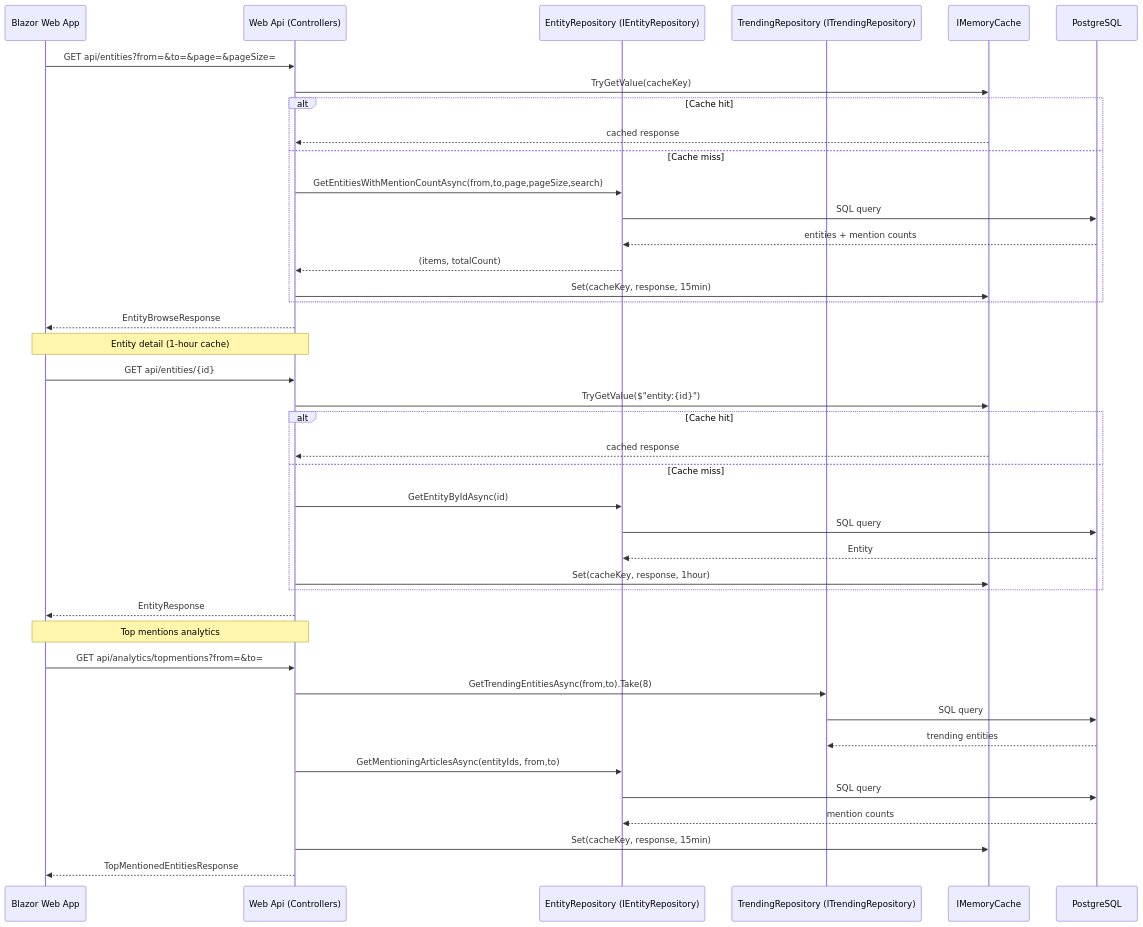
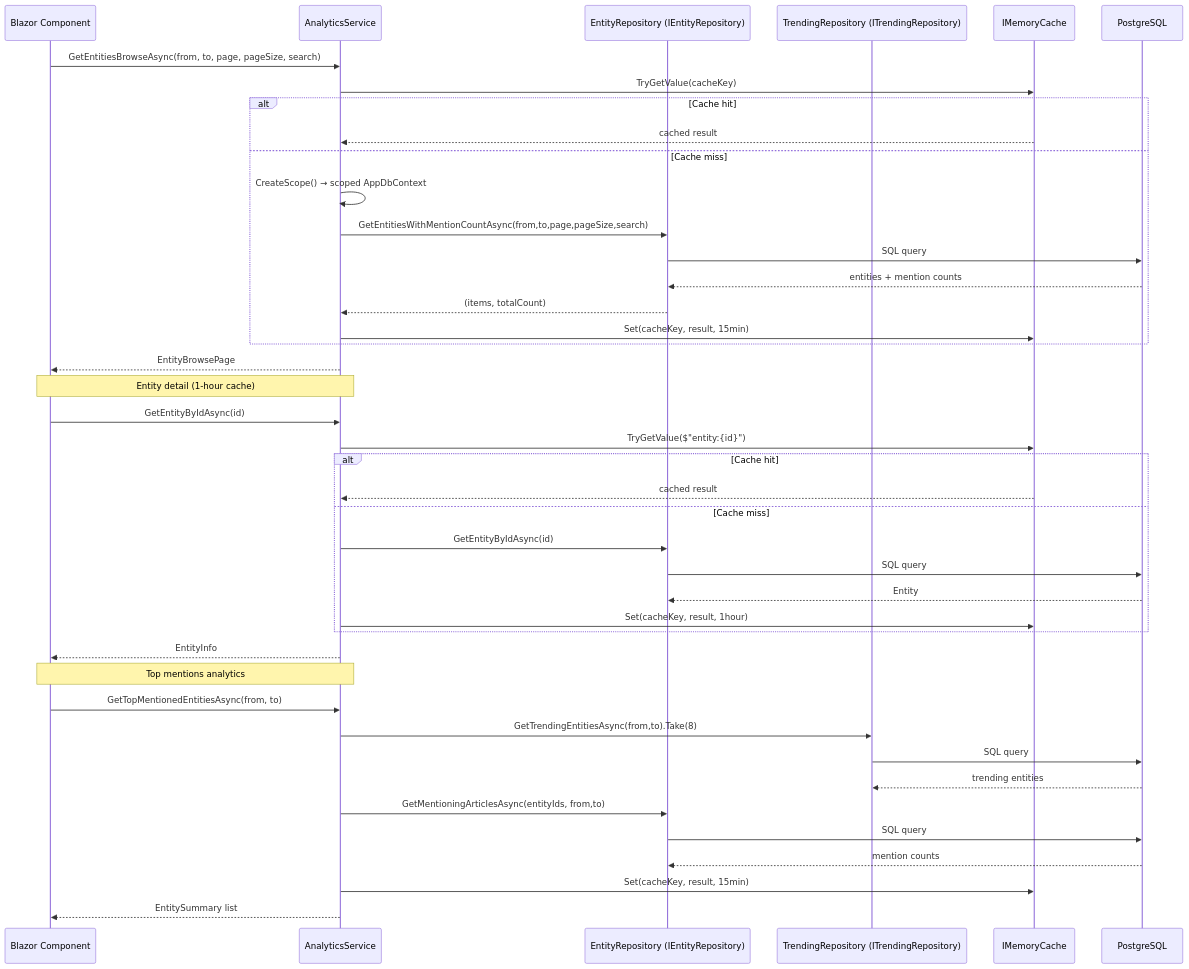
Before and after one commit to Fortyfei/AgitpropScraper: the sixth of 8 diagrams in .docs/pipelines.md, drawn with Mermaid. The commit also changed other lines of this file and 154 other files, not shown here.

First line of the commit message:
refactor: merge Web API into the Blazor app and generate deployment from Aspire

````diff
--- a/.docs/pipelines.md
+++ b/.docs/pipelines.md
@@ -113,46 +113,47 @@
 ```mermaid
 sequenceDiagram
-    participant CLIENT as Blazor Web App
-    participant API as Web Api (Controllers)
+    participant CLIENT as Blazor Component
+    participant SVC as AnalyticsService
     participant REPO as EntityRepository (IEntityRepository)
     participant TREND as TrendingRepository (ITrendingRepository)
     participant CACHE as IMemoryCache
     participant DB as PostgreSQL
 
-    CLIENT->>API: GET api/entities?from=&to=&page=&pageSize=
-    API->>CACHE: TryGetValue(cacheKey)
+    CLIENT->>SVC: GetEntitiesBrowseAsync(from, to, page, pageSize, search)
+    SVC->>CACHE: TryGetValue(cacheKey)
     alt Cache hit
-        CACHE-->>API: cached response
+        CACHE-->>SVC: cached result
     else Cache miss
-        API->>REPO: GetEntitiesWithMentionCountAsync(from,to,page,pageSize,search)
+        SVC->>SVC: CreateScope() → scoped AppDbContext
+        SVC->>REPO: GetEntitiesWithMentionCountAsync(from,to,page,pageSize,search)
         REPO->>DB: SQL query
         DB-->>REPO: entities + mention counts
-        REPO-->>API: (items, totalCount)
-        API->>CACHE: Set(cacheKey, response, 15min)
+        REPO-->>SVC: (items, totalCount)
+        SVC->>CACHE: Set(cacheKey, result, 15min)
     end
-    API-->>CLIENT: EntityBrowseResponse
+    SVC-->>CLIENT: EntityBrowsePage
 
-    Note over CLIENT,API: Entity detail (1‑hour cache)
-    CLIENT->>API: GET api/entities/{id}
-    API->>CACHE: TryGetValue($"entity:{id}")
+    Note over CLIENT,SVC: Entity detail (1‑hour cache)
+    CLIENT->>SVC: GetEntityByIdAsync(id)
+    SVC->>CACHE: TryGetValue($"entity:{id}")
     alt Cache hit
-        CACHE-->>API: cached response
+        CACHE-->>SVC: cached result
     else Cache miss
-        API->>REPO: GetEntityByIdAsync(id)
+        SVC->>REPO: GetEntityByIdAsync(id)
         REPO->>DB: SQL query
         DB-->>REPO: Entity
-        API->>CACHE: Set(cacheKey, response, 1hour)
+        SVC->>CACHE: Set(cacheKey, result, 1hour)
     end
-    API-->>CLIENT: EntityResponse
+    SVC-->>CLIENT: EntityInfo
 
-    Note over CLIENT,API: Top mentions analytics
-    CLIENT->>API: GET api/analytics/topmentions?from=&to=
-    API->>TREND: GetTrendingEntitiesAsync(from,to).Take(8)
+    Note over CLIENT,SVC: Top mentions analytics
+    CLIENT->>SVC: GetTopMentionedEntitiesAsync(from, to)
+    SVC->>TREND: GetTrendingEntitiesAsync(from,to).Take(8)
     TREND->>DB: SQL query
     DB-->>TREND: trending entities
-    API->>REPO: GetMentioningArticlesAsync(entityIds, from,to)
+    SVC->>REPO: GetMentioningArticlesAsync(entityIds, from,to)
     REPO->>DB: SQL query
     DB-->>REPO: mention counts
-    API->>CACHE: Set(cacheKey, response, 15min)
-    API-->>CLIENT: TopMentionedEntitiesResponse
+    SVC->>CACHE: Set(cacheKey, result, 15min)
+    SVC-->>CLIENT: EntitySummary list
 ```
````
